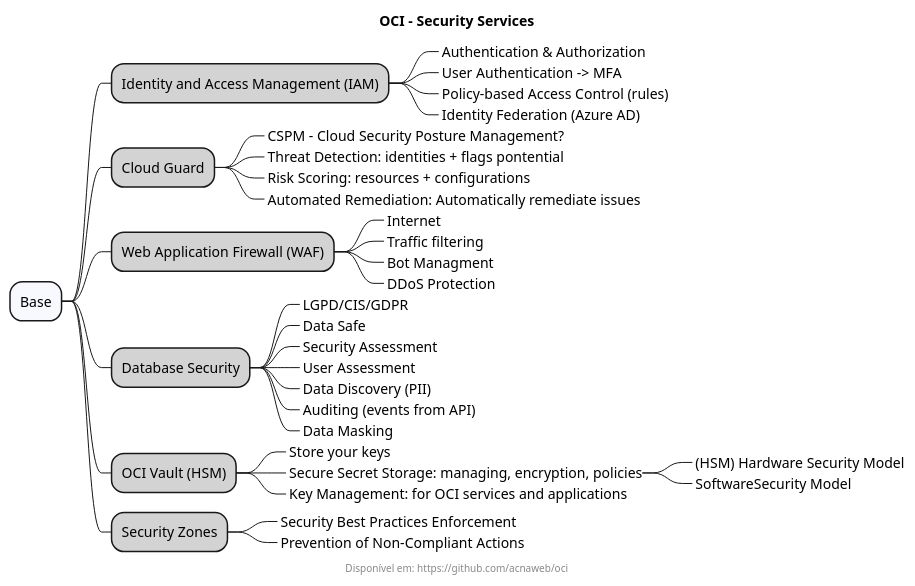
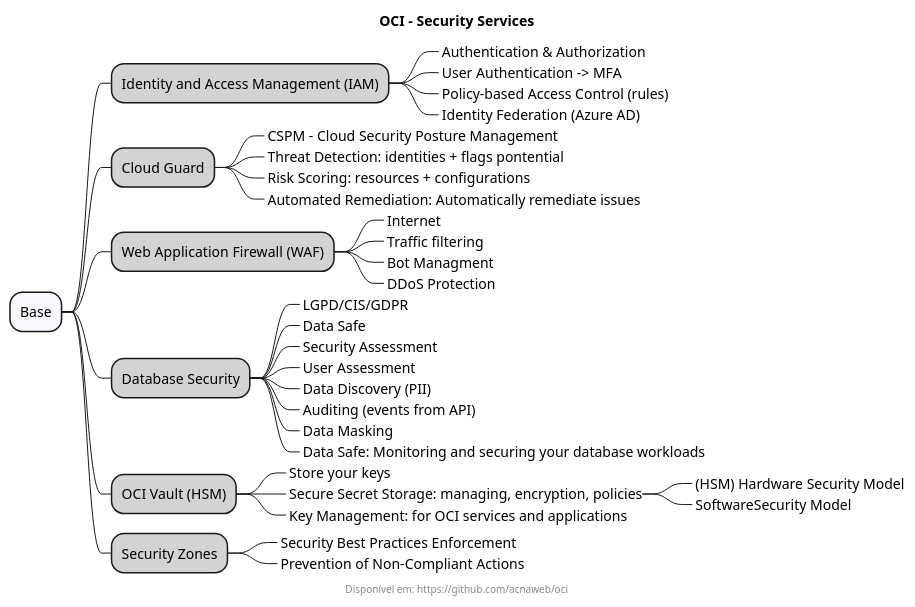
The diagram in docs/security/security_services.wsd (acnaweb/oci), drawn with PlantUML before and after one commit. The commit also changed 4 other files, not shown here.

```diff
--- a/docs/security/security_services.wsd
+++ b/docs/security/security_services.wsd
@@ -1,46 +1,47 @@
 @startmindmap
 
 title "OCI - Security Services"
 footer Disponível em: https://github.com/acnaweb/oci
 
 *[#F8F8FF] Base
 
 **[#LightGray] Identity and Access Management (IAM)
 ***_ Authentication & Authorization
 ***_ User Authentication -> MFA
 ***_ Policy-based Access Control (rules)
 ***_ Identity Federation (Azure AD)
 
 **[#LightGray] Cloud Guard
-***_ CSPM - Cloud Security Posture Management?
+***_ CSPM - Cloud Security Posture Management
 ***_ Threat Detection: identities + flags pontential 
 ***_ Risk Scoring: resources + configurations 
 ***_ Automated Remediation: Automatically remediate issues
 
 **[#LightGray] Web Application Firewall (WAF)
 ***_ Internet
 ***_ Traffic filtering
 ***_ Bot Managment
 ***_ DDoS Protection
 
 **[#LightGray] Database Security
 ***_ LGPD/CIS/GDPR
 ***_ Data Safe
 ***_ Security Assessment
 ***_ User Assessment
 ***_ Data Discovery (PII)
 ***_ Auditing (events from API)
 ***_ Data Masking
+***_ Data Safe: Monitoring and securing your database workloads
 
 **[#LightGray] OCI Vault (HSM)
 ***_ Store your keys
 ***_ Secure Secret Storage: managing, encryption, policies
 ****_ (HSM) Hardware Security Model
 ****_ SoftwareSecurity Model
 ***_ Key Management: for OCI services and applications
 
 **[#LightGray] Security Zones
 ***_ Security Best Practices Enforcement
 ***_ Prevention of Non-Compliant Actions
 
 @endmindmap
```
